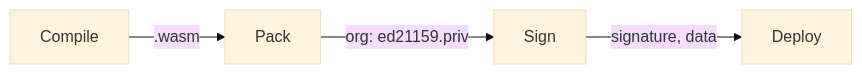
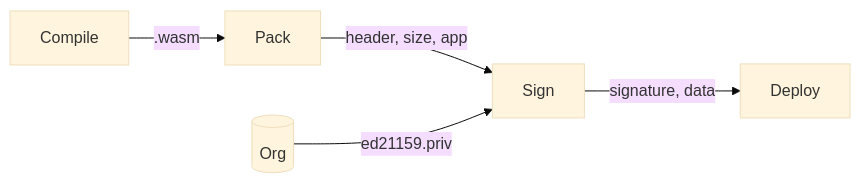
Before and after one commit to nguterresn/xtblish-client: the diagram in README.md, drawn with Mermaid (base theme). The commit also changed other lines of this file, not shown here.

````diff
--- a/README.md
+++ b/README.md
@@ -3,4 +3,5 @@
 ```mermaid
 flowchart LR
-    Compile --> |.wasm|Pack --> |org: ed21159.priv|Sign --> |signature, data|Deploy
+    Compile --> |.wasm|Pack --> |header, size, app|Sign --> |signature, data|Deploy
+    A@{ shape: cyl, label: "Org" } --> |ed21159.priv|Sign
 ```
````
